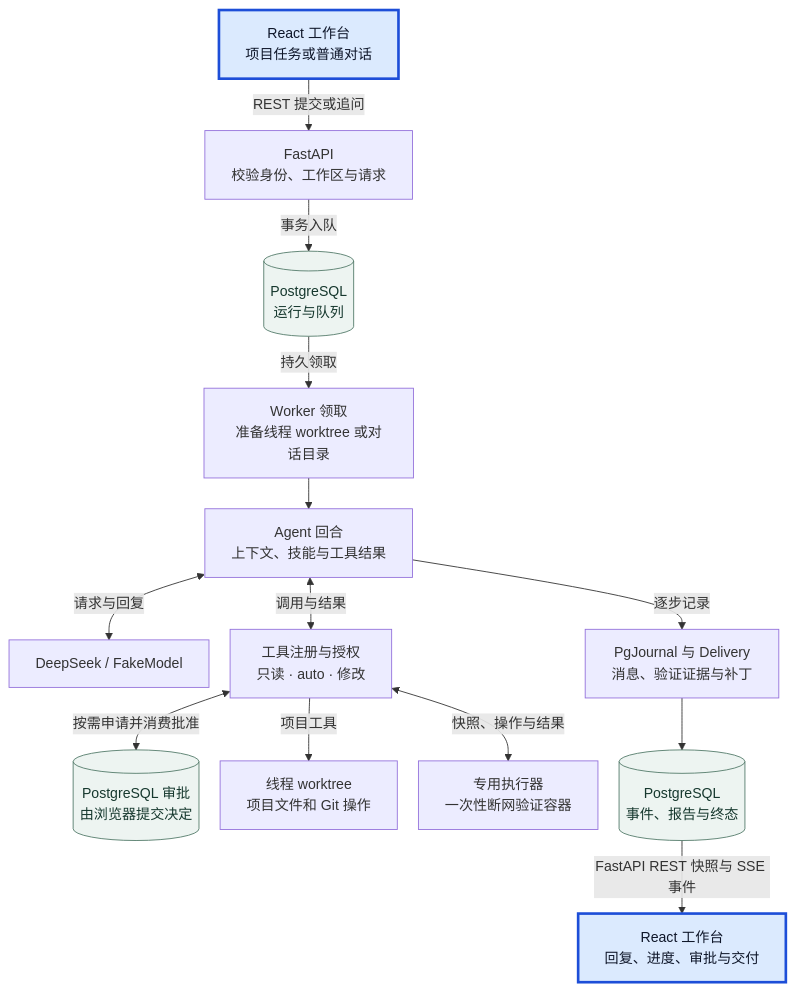
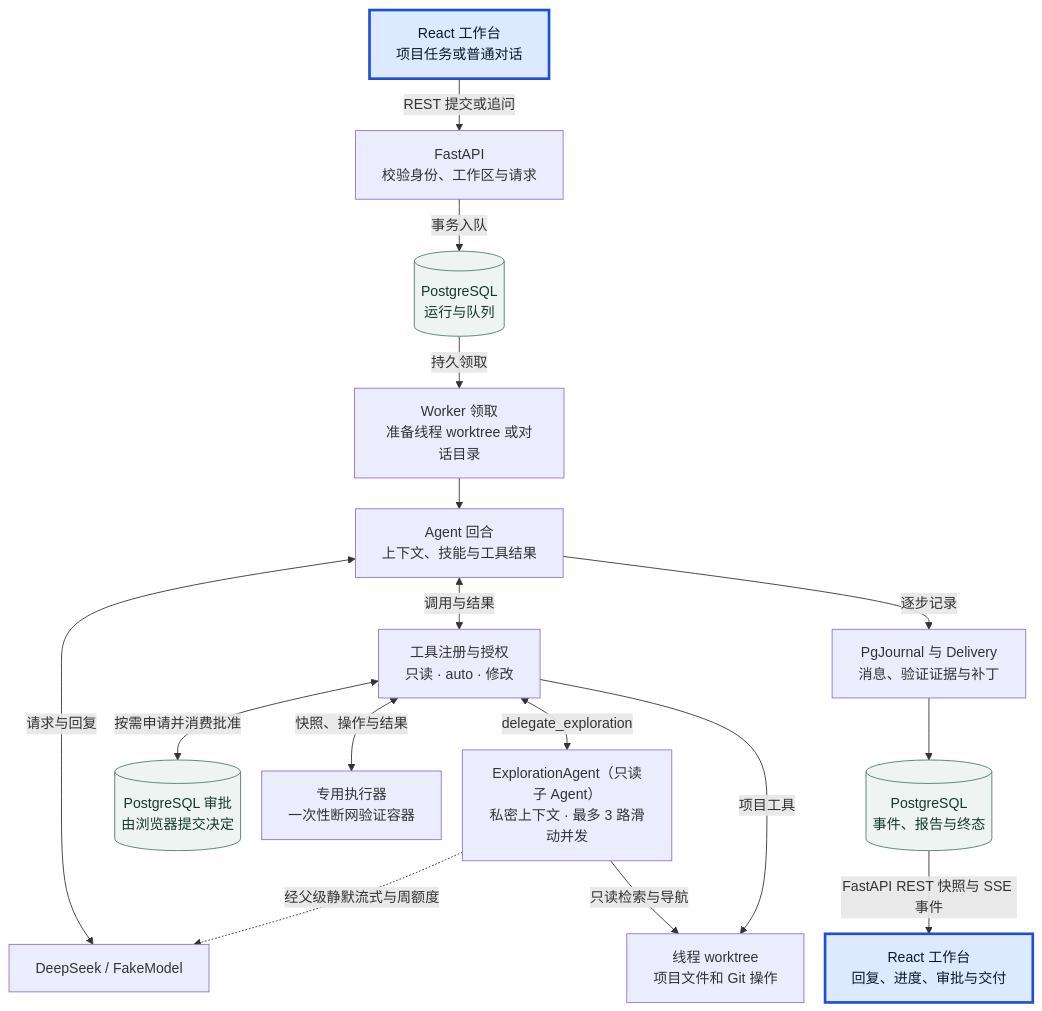
The second of 4 diagrams in docs/ARCHITECTURE.md (lyx0902/StellarWeaver), drawn with Mermaid before and after one commit. The commit also changed other lines of this file and 43 other files, not shown here.

````diff
--- a/docs/ARCHITECTURE.md
+++ b/docs/ARCHITECTURE.md
@@ -70,41 +74,45 @@
 ```mermaid
 ---
 config:
   flowchart:
     rankSpacing: 35
     nodeSpacing: 24
     wrappingWidth: 178
 ---
 flowchart TB
     Workbench["React 工作台<br/>项目任务或普通对话"]
     API["FastAPI<br/>校验身份、工作区与请求"]
     Queue[("PostgreSQL<br/>运行与队列")]
     Worker["Worker 领取<br/>准备线程 worktree 或对话目录"]
     Agent["Agent 回合<br/>上下文、技能与工具结果"]
     Model["DeepSeek / FakeModel"]
     Guard["工具注册与授权<br/>只读 · auto · 修改"]
+    Explore["ExplorationAgent（只读子 Agent）<br/>私密上下文 · 最多 3 路滑动并发"]
     Approval[("PostgreSQL 审批<br/>由浏览器提交决定")]
     Worktree["线程 worktree<br/>项目文件和 Git 操作"]
     Sandbox["专用执行器<br/>一次性断网验证容器"]
     Journal["PgJournal 与 Delivery<br/>消息、验证证据与补丁"]
     Records[("PostgreSQL<br/>事件、报告与终态")]
     Display["React 工作台<br/>回复、进度、审批与交付"]
 
     Workbench -->|REST 提交或追问| API
     API -->|事务入队| Queue
     Queue -->|持久领取| Worker
     Worker --> Agent
     Agent <-->|请求与回复| Model
     Agent <-->|调用与结果| Guard
+    Guard <-->|delegate_exploration| Explore
+    Explore -->|只读检索与导航| Worktree
+    Explore -.->|经父级静默流式与周额度| Model
     Guard <-->|按需申请并消费批准| Approval
     Guard -->|项目工具| Worktree
     Guard <-->|快照、操作与结果| Sandbox
     Agent -->|逐步记录| Journal
     Journal --> Records
     Records -->|FastAPI REST 快照与 SSE 事件| Display
 
     classDef entry fill:#dbeafe,stroke:#1d4ed8,color:#0f172a,stroke-width:3px
     classDef data fill:#edf4f1,stroke:#527a69,color:#16382e
     class Workbench,Display entry
     class Queue,Approval,Records data
 ```
````
